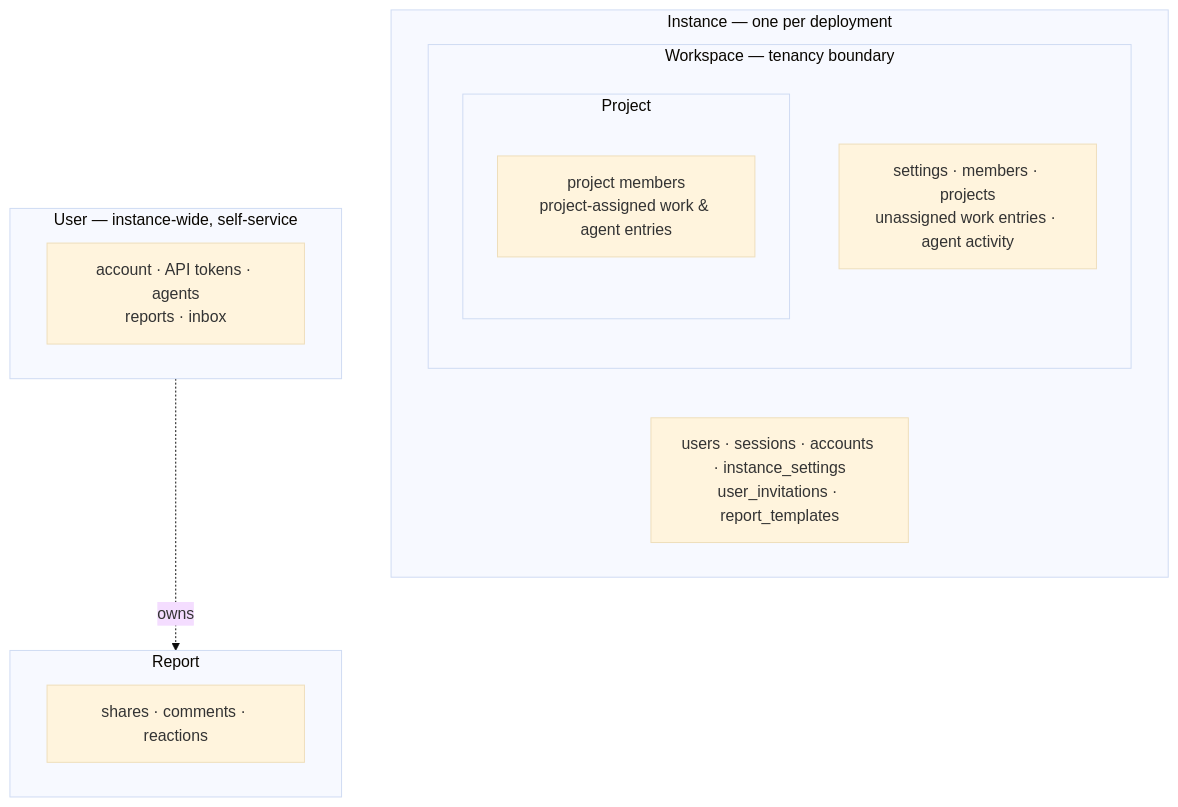
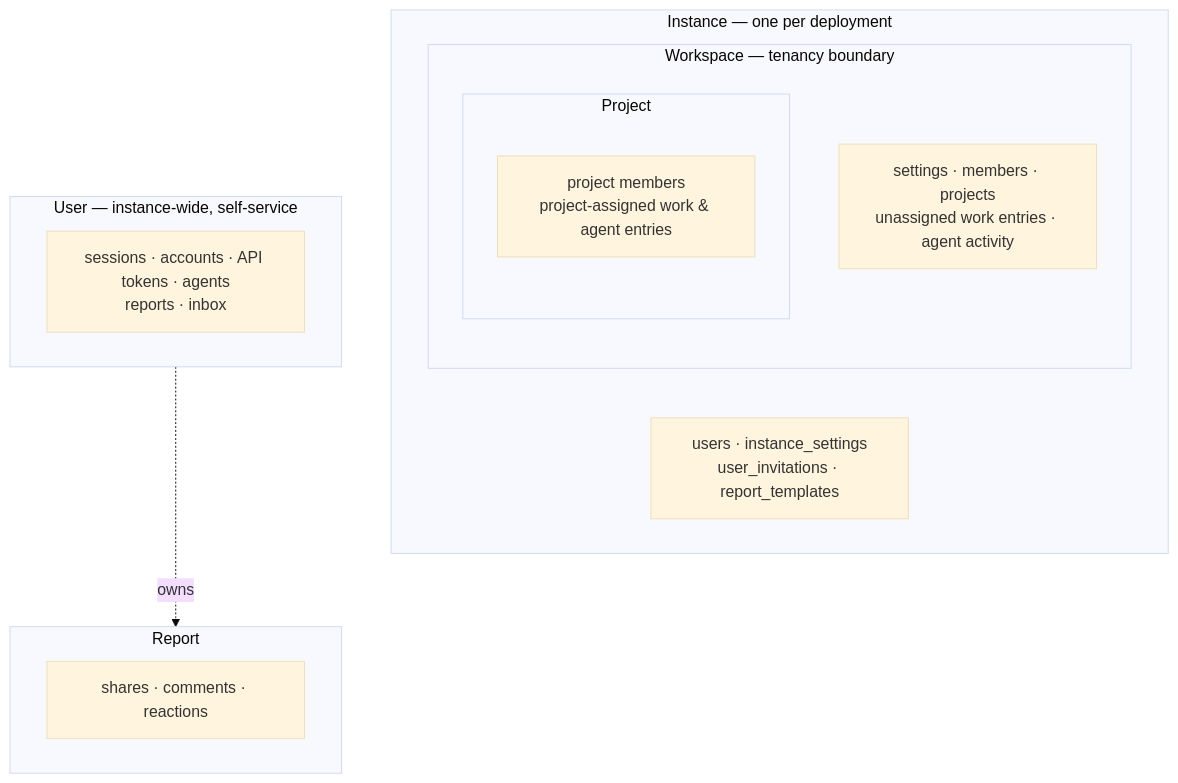
One commit to spantail/spantail changed the first of 9 diagrams in docs/data-model.md. Above: the diagram before and after it, drawn with Mermaid (base theme). The commit also changed other lines of this file, not shown here.

````diff
--- a/docs/data-model.md
+++ b/docs/data-model.md
@@ -25,22 +26,22 @@
 ```mermaid
 flowchart TB
     subgraph INSTANCE["Instance — one per deployment"]
-        instNote["users · sessions · accounts · instance_settings<br/>user_invitations · report_templates"]
+        instNote["users · instance_settings<br/>user_invitations · report_templates"]
         subgraph WORKSPACE["Workspace — tenancy boundary"]
             wsNote["settings · members · projects<br/>unassigned work entries · agent activity"]
             subgraph PROJECT["Project"]
-                projNote["project members<br/>project-assigned work &amp; agent entries"]
+                projNote["project members<br/>project-assigned work & agent entries"]
             end
         end
     end
 
     subgraph USER["User — instance-wide, self-service"]
-        userNote["account · API tokens · agents<br/>reports · inbox"]
+        userNote["sessions · accounts · API tokens · agents<br/>reports · inbox"]
     end
 
     subgraph REPORT["Report"]
         repNote["shares · comments · reactions"]
     end
 
     USER -. "owns" .-> REPORT
 ```
````
